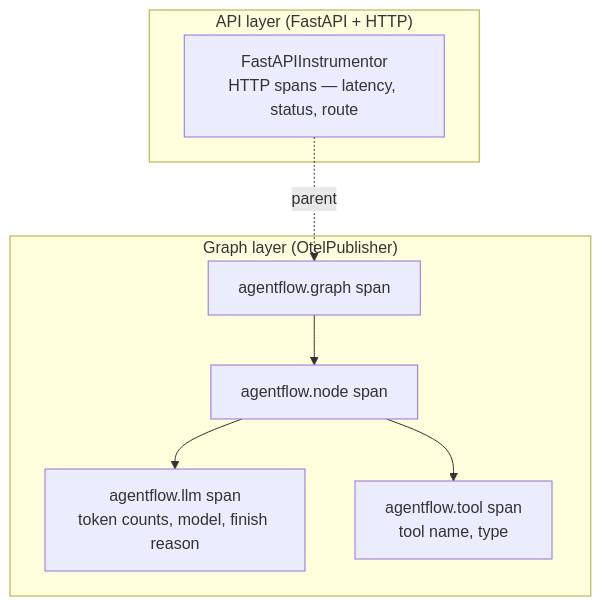
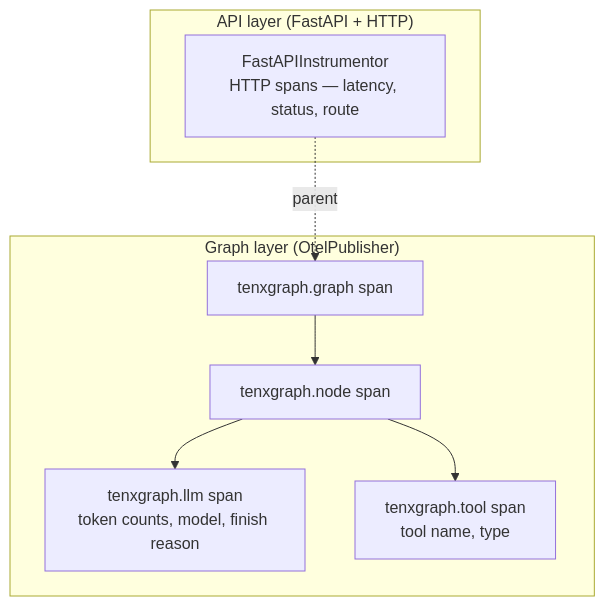
Before and after one commit to 10xHub/agentflow-docs: the fourth of 4 diagrams in src/content/docs/concepts/serving-agents.md, drawn with Mermaid. The commit also changed other lines of this file and 237 other files, not shown here.

First line of the commit message:
Refactor codebase to rename 'agentflow' to 'tenxgraph'

````diff
--- a/src/content/docs/concepts/serving-agents.md
+++ b/src/content/docs/concepts/serving-agents.md
@@ -419,15 +419,15 @@
 ```mermaid
 flowchart TB
   subgraph "API layer  (FastAPI + HTTP)"
     FI[FastAPIInstrumentor\nHTTP spans — latency, status, route]
   end
   subgraph "Graph layer  (OtelPublisher)"
-    GS[agentflow.graph span]
-    NS[agentflow.node span]
-    LS[agentflow.llm span\ntoken counts, model, finish reason]
-    TS[agentflow.tool span\ntool name, type]
+    GS[tenxgraph.graph span]
+    NS[tenxgraph.node span]
+    LS[tenxgraph.llm span\ntoken counts, model, finish reason]
+    TS[tenxgraph.tool span\ntool name, type]
     GS --> NS --> LS
     NS --> TS
   end
   FI -.->|parent| GS
 ```
````
